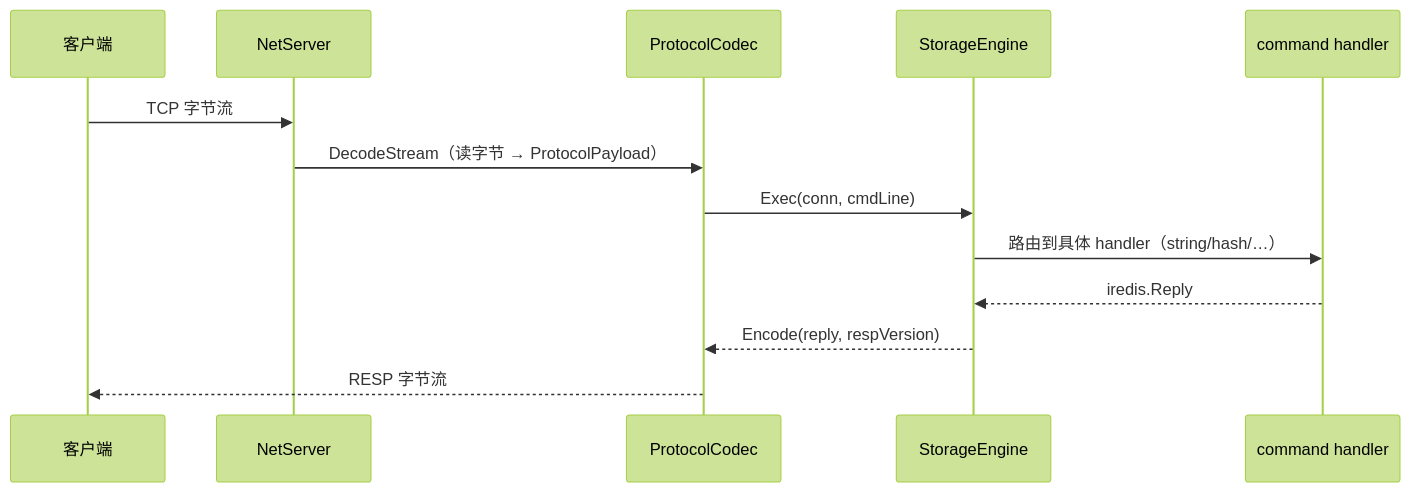
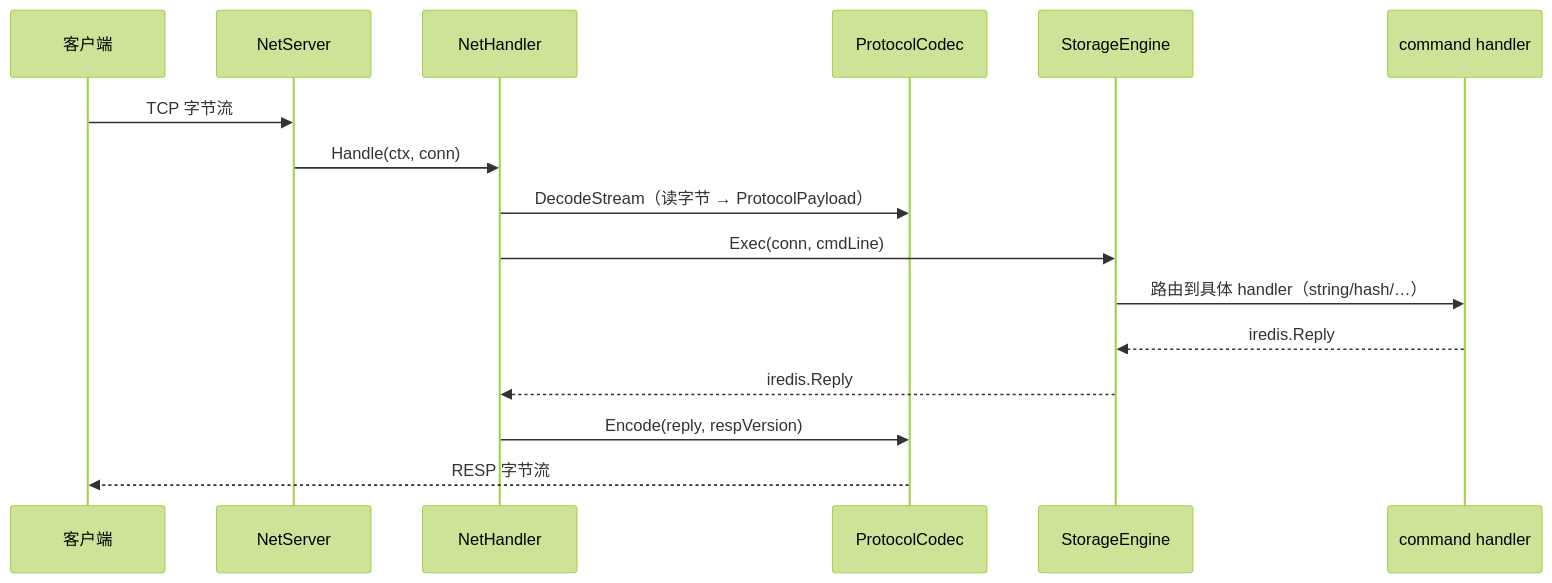
The second of 2 diagrams in docs/dev/architecture.md (amemiya02/hayakv), drawn with Mermaid (forest theme) before and after one commit. The commit also changed other lines of this file, not shown here.

Commit message:
docs(dev): architecture guide quality fixes — handler naming, seam vs auxiliary interfaces, sequence diagram accuracy

````diff
--- a/docs/dev/architecture.md
+++ b/docs/dev/architecture.md
@@ -221,15 +227,18 @@
 ```mermaid
 sequenceDiagram
     participant C as 客户端
     participant N as NetServer
+    participant HH as NetHandler
     participant P as ProtocolCodec
     participant E as StorageEngine
     participant H as command handler
     C->>N: TCP 字节流
-    N->>P: DecodeStream（读字节 → ProtocolPayload）
-    P->>E: Exec(conn, cmdLine)
+    N->>HH: Handle(ctx, conn)
+    HH->>P: DecodeStream（读字节 → ProtocolPayload）
+    HH->>E: Exec(conn, cmdLine)
     E->>H: 路由到具体 handler（string/hash/…）
     H-->>E: iredis.Reply
-    E-->>P: Encode(reply, respVersion)
+    E-->>HH: iredis.Reply
+    HH->>P: Encode(reply, respVersion)
     P-->>C: RESP 字节流
 ```
````
